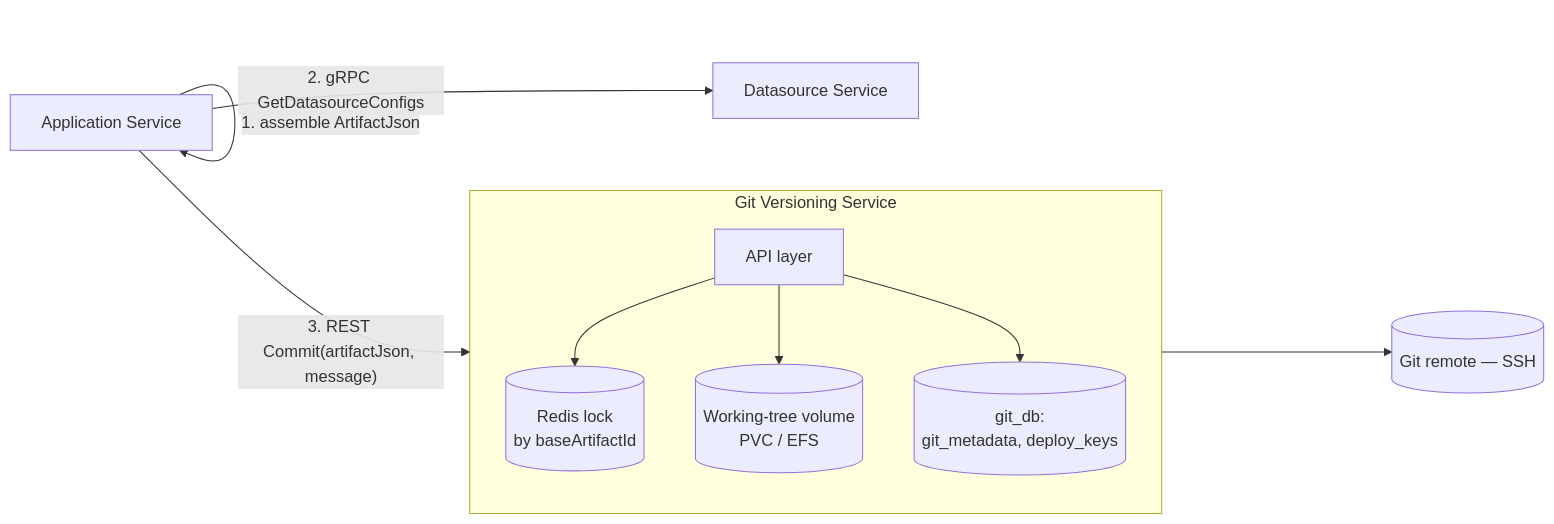
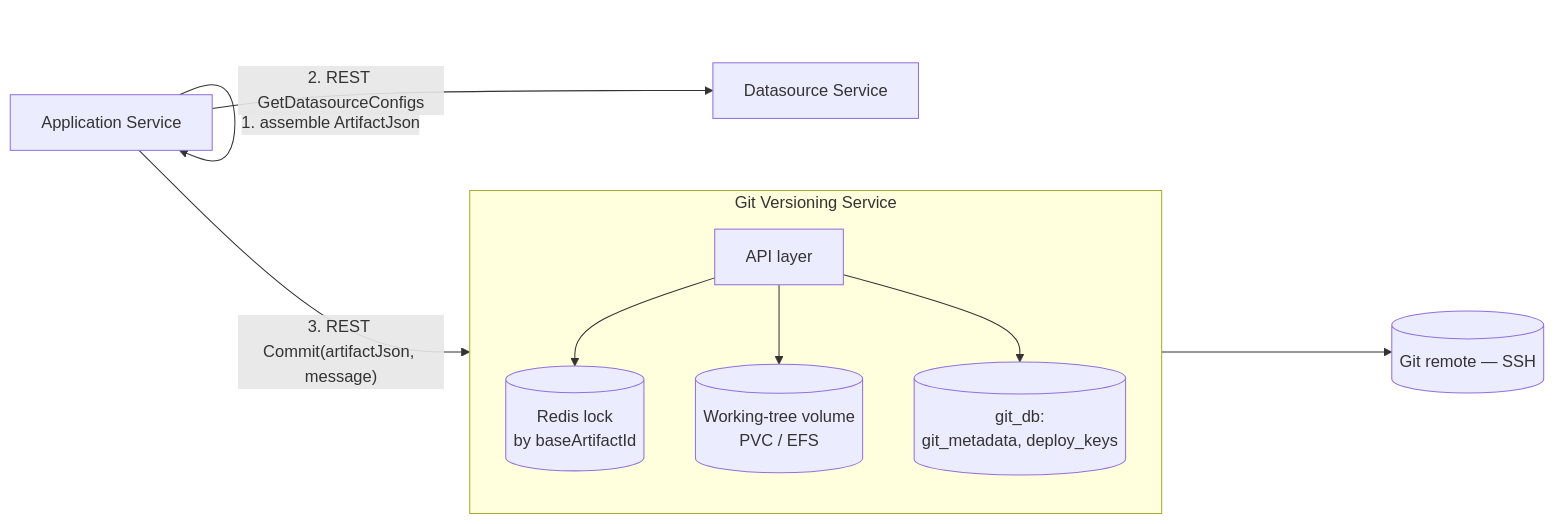
One commit to hudaSharings/appsmith-docs changed the second of 2 diagrams in microservices/01-current-system/07-git-versioning.md. Above: the diagram before and after it, drawn with Mermaid. The commit also changed 24 other files, not shown here.

````diff
--- a/microservices/01-current-system/07-git-versioning.md
+++ b/microservices/01-current-system/07-git-versioning.md
@@ -134,14 +134,14 @@
 ```mermaid
 flowchart LR
     APP["Application Service"] -->|"1. assemble ArtifactJson"| APP
-    APP -->|"2. gRPC GetDatasourceConfigs"| DSS[Datasource Service]
+    APP -->|"2. REST GetDatasourceConfigs"| DSS[Datasource Service]
     APP -->|"3. REST Commit(artifactJson, message)"| GIT
     subgraph GIT["Git Versioning Service"]
         API[API layer]
         LOCK[(Redis lock<br/>by baseArtifactId)]
         WT[(Working-tree volume<br/>PVC / EFS)]
         DB[(git_db:<br/>git_metadata, deploy_keys)]
         API --> LOCK & WT & DB
     end
     GIT --> REMOTE[(Git remote — SSH)]
 ```
````
